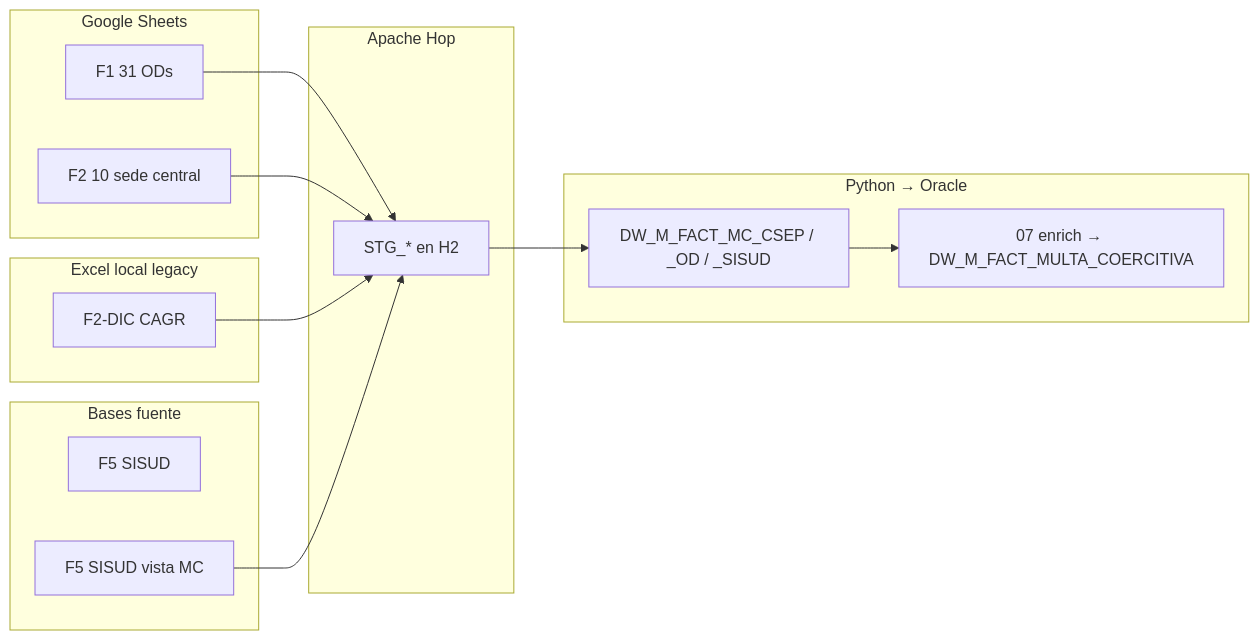
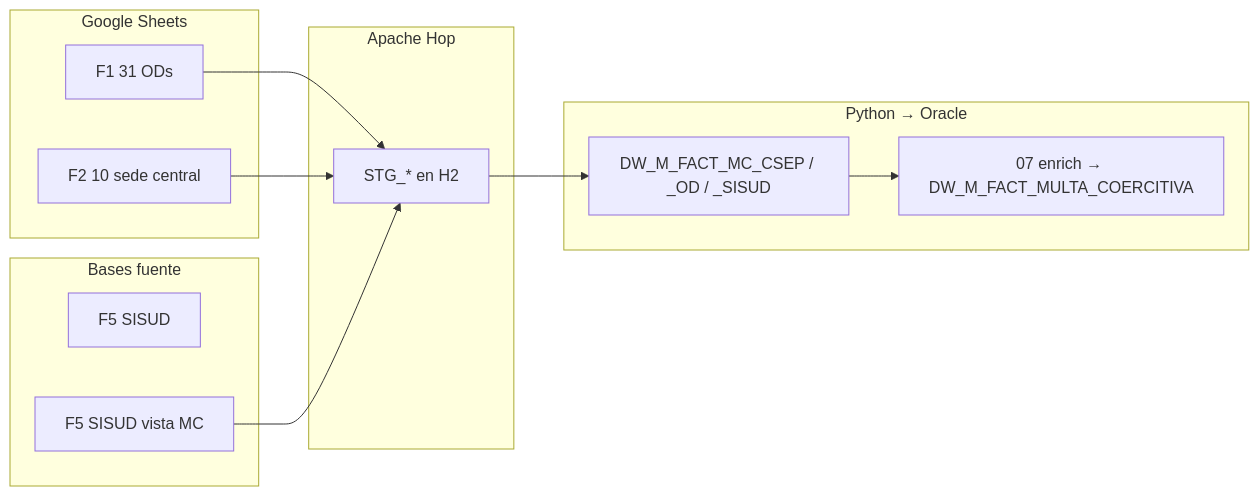
One commit to nwodevops/multa_informes_etl changed the diagram in docs/inputs/README.md. Above: the diagram before and after it, drawn with Mermaid. The commit also changed other lines of this file and 12 other files, not shown here.

First line of the commit message:
fix(stg): sacar Excel CAGR del pipeline

````diff
--- a/docs/inputs/README.md
+++ b/docs/inputs/README.md
@@ -29,31 +29,26 @@
 ```mermaid
 flowchart LR
   subgraph sheets [Google Sheets]
     F1["F1 31 ODs"]
     F2["F2 10 sede central"]
-  end
-
-  subgraph excel [Excel local legacy]
-    DIC["F2-DIC CAGR"]
   end
 
   subgraph remoto [Bases fuente]
     F5only["F5 SISUD"]
     F5["F5 SISUD vista MC"]
   end
 
   subgraph hop [Apache Hop]
     STG["STG_* en H2"]
   end
 
   subgraph py [Python → Oracle]
     EV["DW_M_FACT_MC_CSEP / _OD / _SISUD"]
     ENR["07 enrich → DW_M_FACT_MULTA_COERCITIVA"]
   end
 
   F1 --> STG
   F2 --> STG
-  DIC --> STG
   F5 --> STG
   STG --> EV --> ENR
 ```
````
